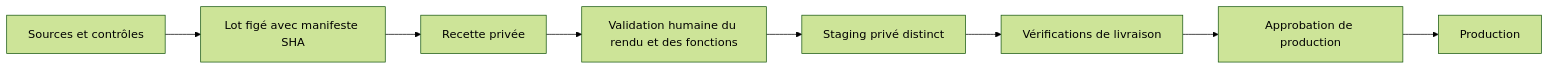
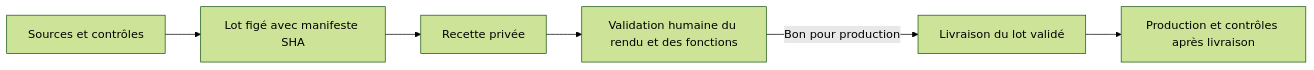
Before and after one commit to christophecr-bit/aleaquant: the diagram in docs/CI-STAGING-PRODUCTION.md, drawn with Mermaid (forest theme). The commit also changed other lines of this file and 8 other files, not shown here.

````diff
--- a/docs/CI-STAGING-PRODUCTION.md
+++ b/docs/CI-STAGING-PRODUCTION.md
@@ -48,10 +49,8 @@
 ```mermaid
 flowchart LR
   A[Sources et contrôles] --> B[Lot figé avec manifeste SHA]
   B --> C[Recette privée]
   C --> D[Validation humaine du rendu et des fonctions]
-  D --> E[Staging privé distinct]
-  E --> F[Vérifications de livraison]
-  F --> G[Approbation de production]
-  G --> H[Production]
+  D -->|Bon pour production| E[Livraison du lot validé]
+  E --> F[Production et contrôles après livraison]
 ```
````
